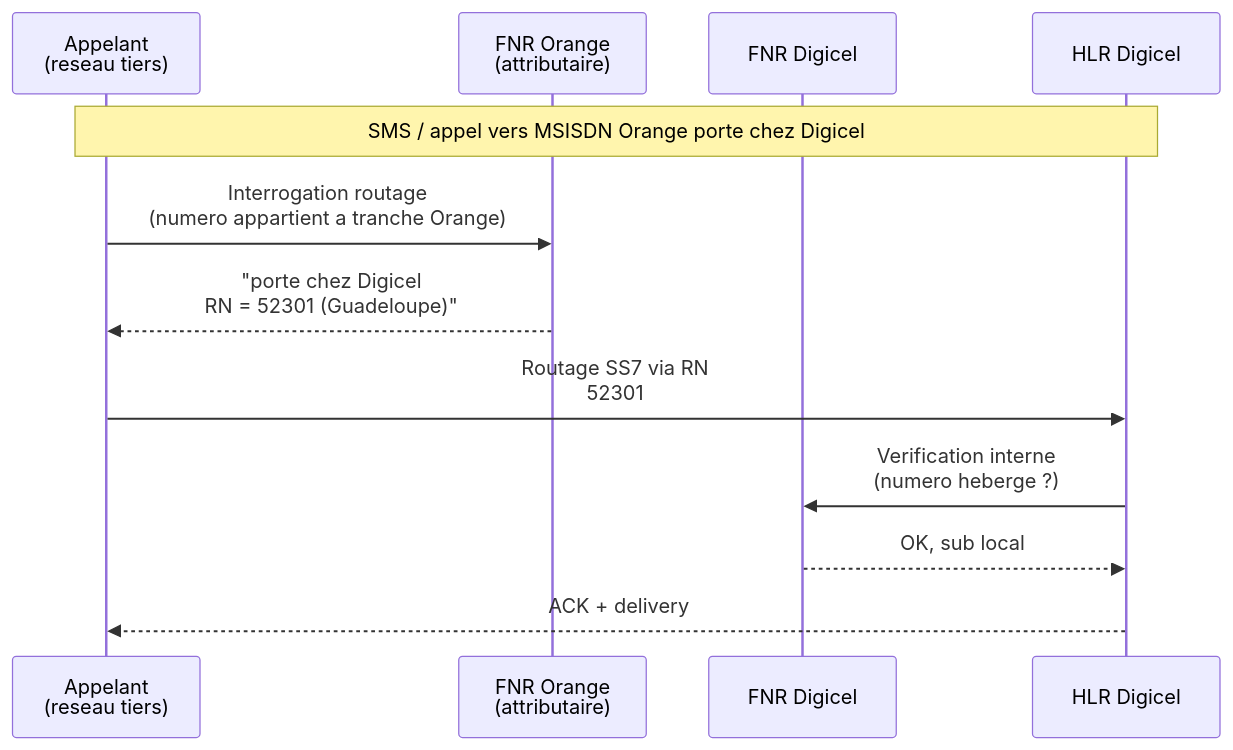
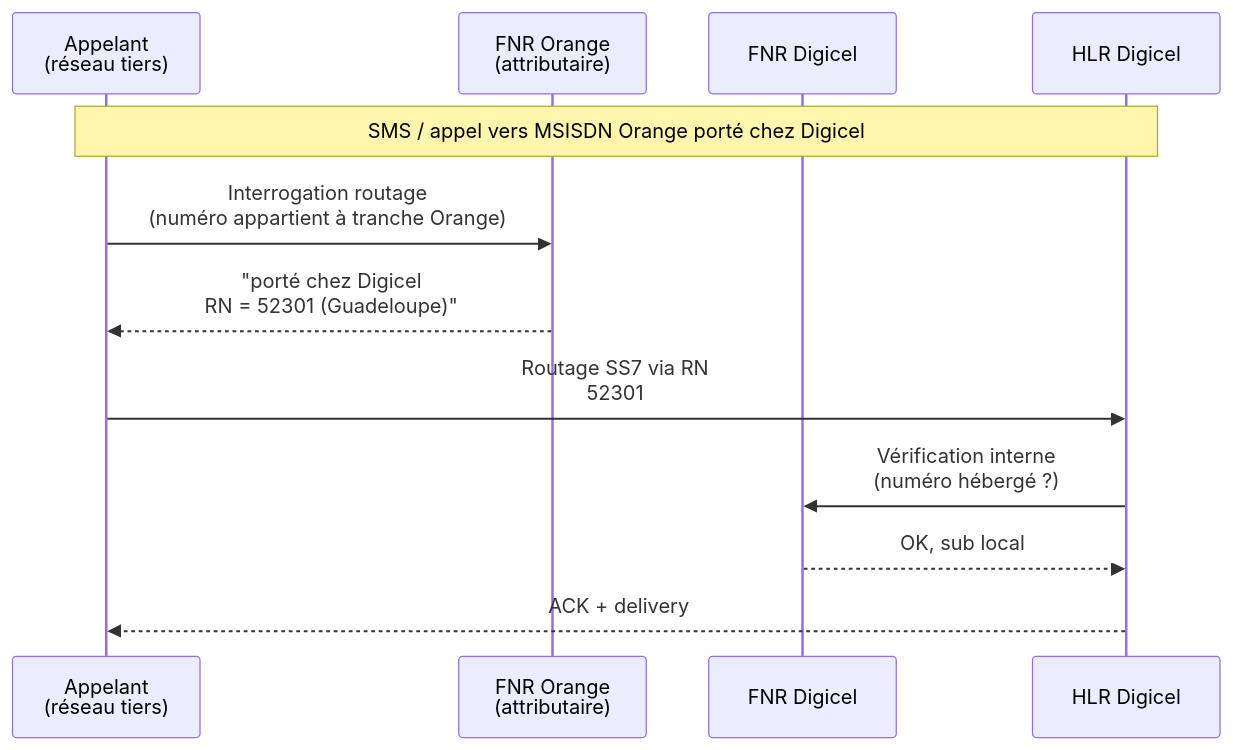
One commit to steeven-js/pnm-app changed the second of 3 diagrams in docs/operations/gpmag/fnr-perimetre-visibilite.md. Above: the diagram before and after it, drawn with Mermaid. The commit also changed other lines of this file, not shown here.

First line of the commit message:
Fix accents manquants dans fnr-perimetre-visibilite.md

````diff
--- a/docs/operations/gpmag/fnr-perimetre-visibilite.md
+++ b/docs/operations/gpmag/fnr-perimetre-visibilite.md
@@ -105,16 +105,16 @@
 ```mermaid
 sequenceDiagram
-    participant Appelant as Appelant<br/>(reseau tiers)
+    participant Appelant as Appelant<br/>(réseau tiers)
     participant FNR_OC as FNR Orange<br/>(attributaire)
     participant FNR_DC as FNR Digicel
     participant HLR_DC as HLR Digicel
 
-    Note over Appelant,HLR_DC: SMS / appel vers MSISDN Orange porte chez Digicel
+    Note over Appelant,HLR_DC: SMS / appel vers MSISDN Orange porté chez Digicel
 
-    Appelant->>FNR_OC: Interrogation routage<br/>(numero appartient a tranche Orange)
-    FNR_OC-->>Appelant: "porte chez Digicel<br/>RN = 52301 (Guadeloupe)"
+    Appelant->>FNR_OC: Interrogation routage<br/>(numéro appartient à tranche Orange)
+    FNR_OC-->>Appelant: "porté chez Digicel<br/>RN = 52301 (Guadeloupe)"
     Appelant->>HLR_DC: Routage SS7 via RN<br/>52301
-    HLR_DC->>FNR_DC: Verification interne<br/>(numero heberge ?)
+    HLR_DC->>FNR_DC: Vérification interne<br/>(numéro hébergé ?)
     FNR_DC-->>HLR_DC: OK, sub local
     HLR_DC-->>Appelant: ACK + delivery
 ```
````
